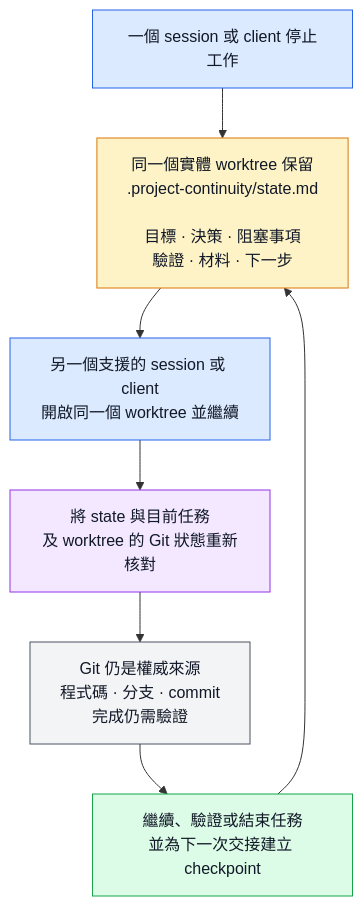
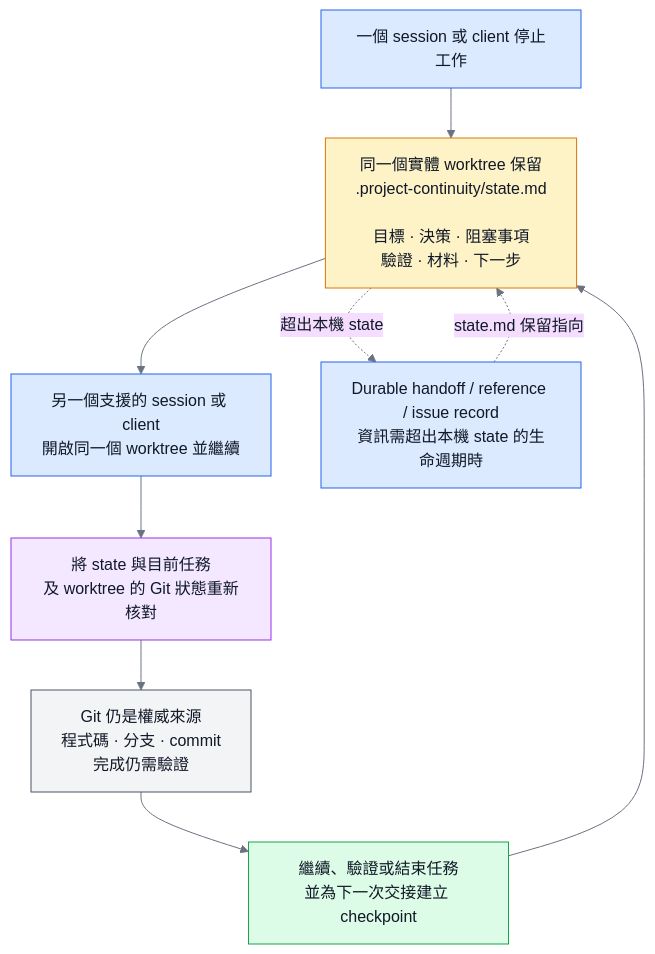
One commit to sherrilla71940/dotfiles changed the third of 4 diagrams in README.zh-TW.md. Above: the diagram before and after it, drawn with Mermaid. The commit also changed other lines of this file and 30 other files, not shown here.

````diff
--- a/README.zh-TW.md
+++ b/README.zh-TW.md
@@ -165,17 +180,28 @@
 ```mermaid
+%%{init: {"theme": "base", "themeVariables": {"primaryTextColor": "#111827", "nodeTextColor": "#111827", "textColor": "#111827", "lineColor": "#6b7280"}, "flowchart": {"useMaxWidth": true}}}%%
 flowchart TD
     stop["一個 session 或 client 停止工作"]:::handoff
     persist["同一個實體 worktree 保留<br/>.project-continuity/state.md<br/><br/>目標 · 決策 · 阻塞事項<br/>驗證 · 材料 · 下一步"]:::state
     resume["另一個支援的 session 或 client<br/>開啟同一個 worktree 並繼續"]:::handoff
     reconcile["將 state 與目前任務<br/>及 worktree 的 Git 狀態重新核對"]:::check
     git["Git 仍是權威來源<br/>程式碼 · 分支 · commit<br/>完成仍需驗證"]:::authority
     continue["繼續、驗證或結束任務<br/>並為下一次交接建立 checkpoint"]:::work
+    durable["Durable handoff / reference / issue record<br/>資訊需超出本機 state 的生命週期時"]:::handoff
 
     stop --> persist --> resume --> reconcile --> git --> continue --> persist
+    persist -. "超出本機 state" .-> durable
+    durable -. "state.md 保留指向" .-> persist
 
     classDef handoff fill:#dbeafe,stroke:#2563eb,color:#111827
     classDef state fill:#fef3c7,stroke:#d97706,color:#111827
     classDef check fill:#f3e8ff,stroke:#9333ea,color:#111827
     classDef authority fill:#f3f4f6,stroke:#4b5563,color:#111827
     classDef work fill:#dcfce7,stroke:#16a34a,color:#111827
+    style stop color:#111827
+    style persist color:#111827
+    style resume color:#111827
+    style reconcile color:#111827
+    style git color:#111827
+    style continue color:#111827
+    style durable color:#111827
 ```
````
